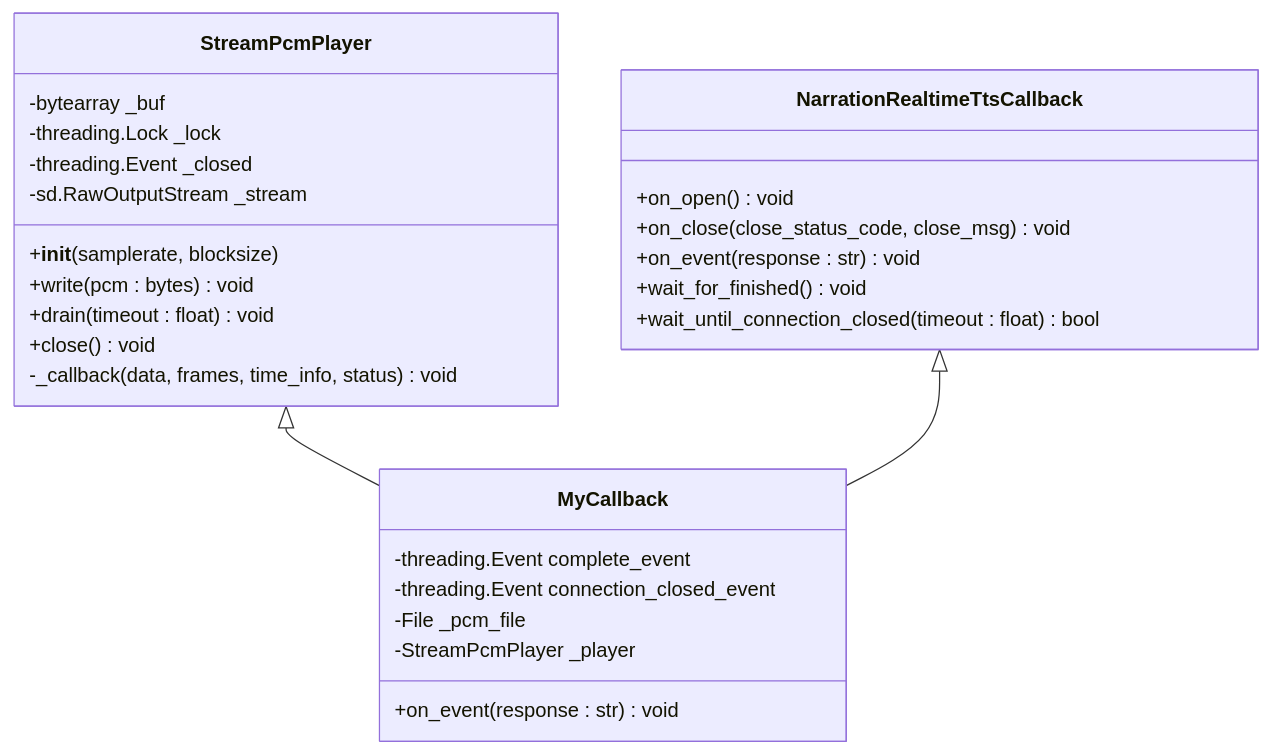
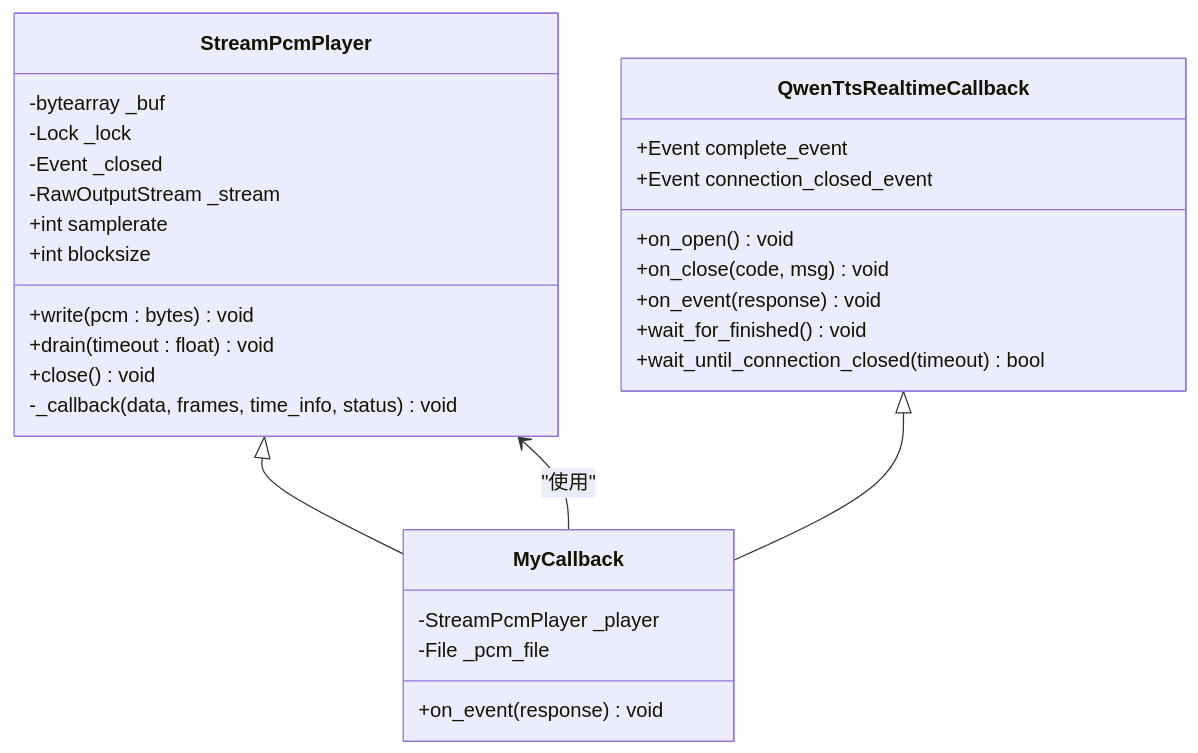
Before and after one commit to 1024dashen/Vue3Speech: the fourth of 7 diagrams in .qoder/repowiki/zh/content/语音合成服务/实时TTS合成.md, drawn with Mermaid. The commit also changed other lines of this file and 3 other files, not shown here.

````diff
--- a/.qoder/repowiki/zh/content/语音合成服务/实时TTS合成.md
+++ b/.qoder/repowiki/zh/content/语音合成服务/实时TTS合成.md
@@ -818,30 +199,32 @@
 ```mermaid
 classDiagram
 class StreamPcmPlayer {
 -bytearray _buf
--threading.Lock _lock
--threading.Event _closed
--sd.RawOutputStream _stream
-+__init__(samplerate, blocksize)
+-Lock _lock
+-Event _closed
+-RawOutputStream _stream
++int samplerate
++int blocksize
 +write(pcm : bytes) void
 +drain(timeout : float) void
 +close() void
 -_callback(data, frames, time_info, status) void
 }
-class NarrationRealtimeTtsCallback {
+class QwenTtsRealtimeCallback {
++Event complete_event
++Event connection_closed_event
 +on_open() void
-+on_close(close_status_code, close_msg) void
-+on_event(response : str) void
++on_close(code, msg) void
++on_event(response) void
 +wait_for_finished() void
-+wait_until_connection_closed(timeout : float) bool
++wait_until_connection_closed(timeout) bool
 }
 class MyCallback {
--threading.Event complete_event
--threading.Event connection_closed_event
+-StreamPcmPlayer _player
 -File _pcm_file
--StreamPcmPlayer _player
-+on_event(response : str) void
++on_event(response) void
 }
 StreamPcmPlayer <|-- MyCallback
-NarrationRealtimeTtsCallback <|-- MyCallback
+QwenTtsRealtimeCallback <|-- MyCallback
+MyCallback --> StreamPcmPlayer : "使用"
 ```
````
